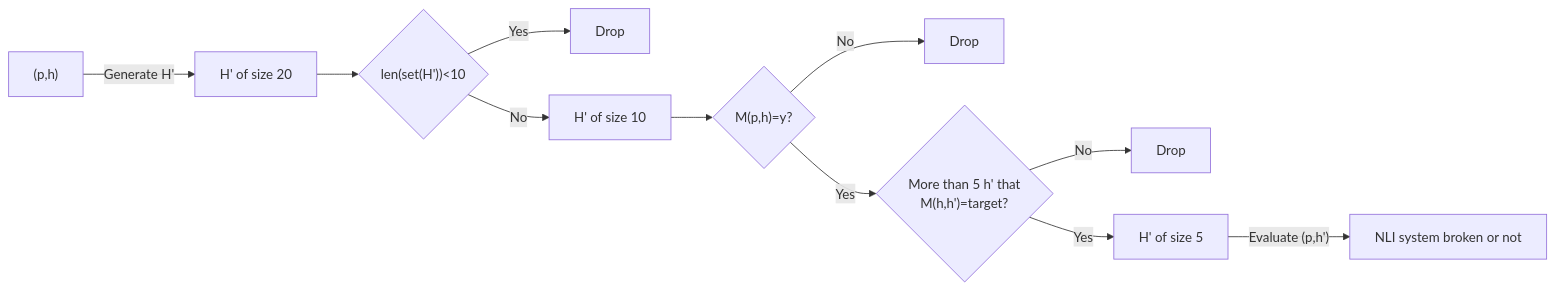
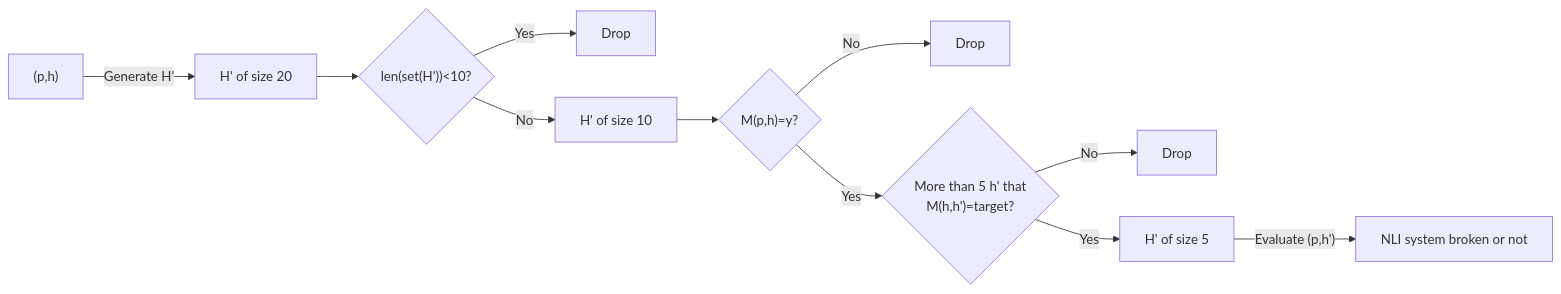
Before and after one commit to ZhaoqLiu/BreakNLI: the diagram in README.md, drawn with Mermaid.

````diff
--- a/README.md
+++ b/README.md
@@ -9,13 +9,13 @@
 ```mermaid
 flowchart LR
     A["(p,h)"] -->|Generate H'| B[H' of size 20]
-    B --> C{"len(set(H'))<10"}
+    B --> C{"len(set(H'))<10?"}
     C -->|Yes| D[Drop]
     C -->|No| E[H' of size 10]
     E -->F{"M(p,h)=y?"}
     F -->|No| G[Drop]
     F -->|Yes| H{"More than 5 h' that\nM(h,h')=target?"}
     H -->|No| I[Drop]
     H -->|Yes| J[H' of size 5]
     J -->|"Evaluate (p,h')"| K[NLI system broken or not]
 ```
````
